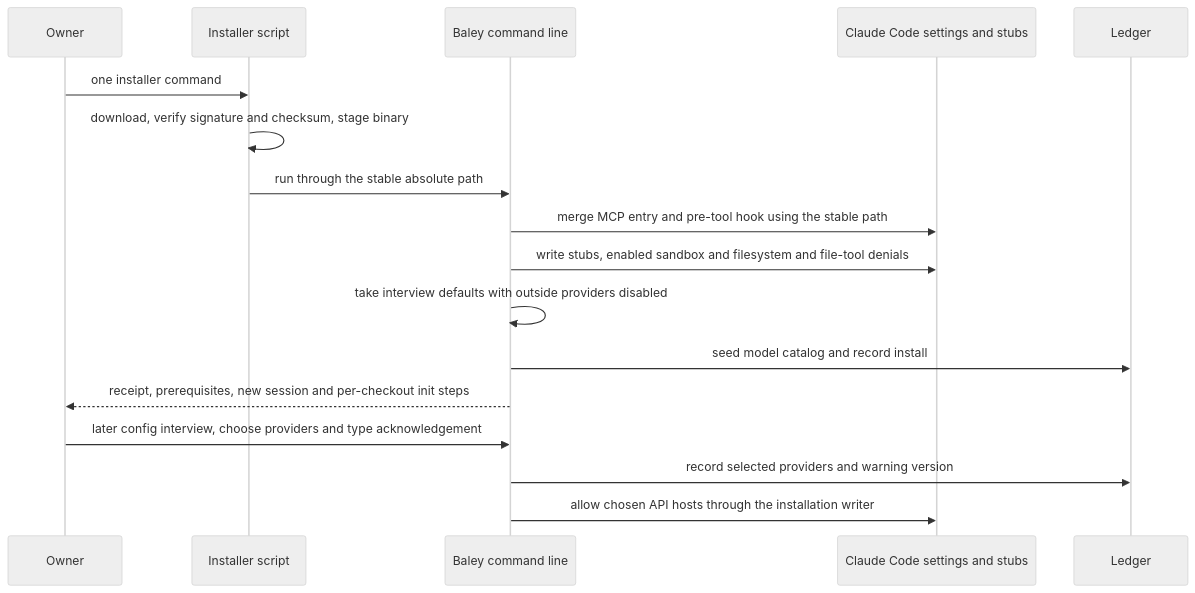
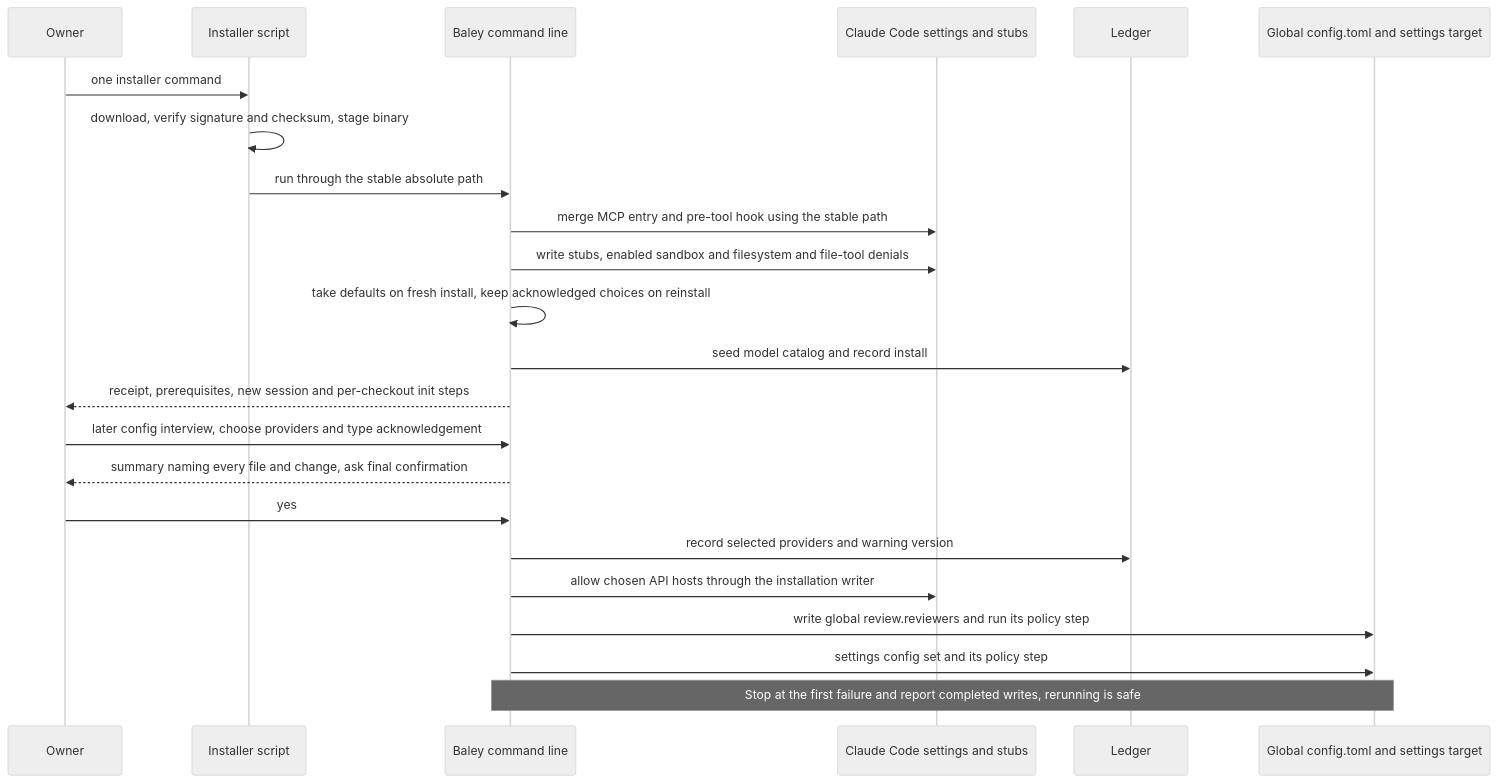
Before and after one commit to crenshawdev/baley: the seventh of 8 diagrams in docs/design/0012-host-interface.md, drawn with Mermaid (neutral theme). The commit also changed other lines of this file and 6 other files, not shown here.

````diff
--- a/docs/design/0012-host-interface.md
+++ b/docs/design/0012-host-interface.md
@@ -392,19 +411,25 @@
 ```mermaid
 sequenceDiagram
   participant O as Owner
   participant I as Installer script
   participant B as Baley command line
   participant HC as Claude Code settings and stubs
   participant L as Ledger
+  participant C as Global config.toml and settings target
   O->>I: one installer command
   I->>I: download, verify signature and checksum, stage binary
   I->>B: run through the stable absolute path
   B->>HC: merge MCP entry and pre-tool hook using the stable path
   B->>HC: write stubs, enabled sandbox and filesystem and file-tool denials
-  B->>B: take interview defaults with outside providers disabled
+  B->>B: take defaults on fresh install, keep acknowledged choices on reinstall
   B->>L: seed model catalog and record install
   B-->>O: receipt, prerequisites, new session and per-checkout init steps
   O->>B: later config interview, choose providers and type acknowledgement
+  B-->>O: summary naming every file and change, ask final confirmation
+  O->>B: yes
   B->>L: record selected providers and warning version
   B->>HC: allow chosen API hosts through the installation writer
+  B->>C: write global review.reviewers and run its policy step
+  B->>C: settings config set and its policy step
+  Note over B,C: Stop at the first failure and report completed writes, rerunning is safe
 ```
````
